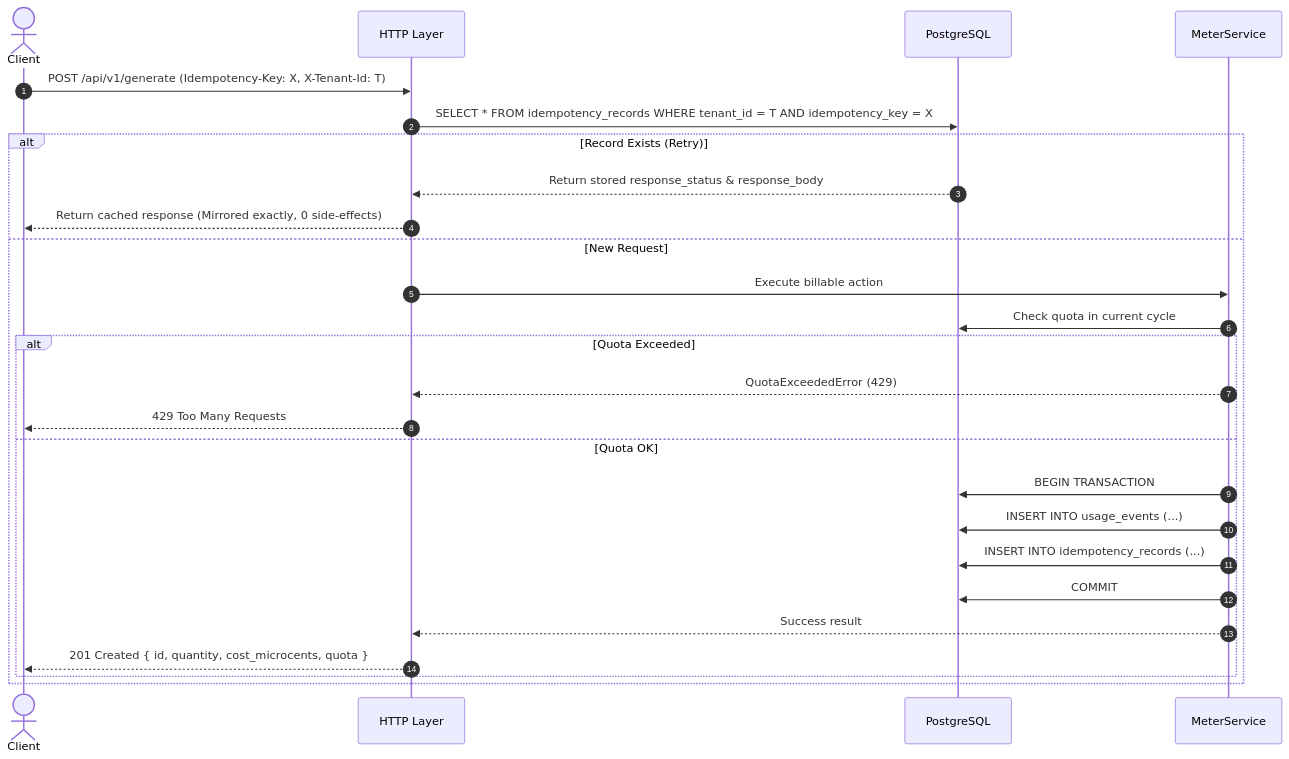
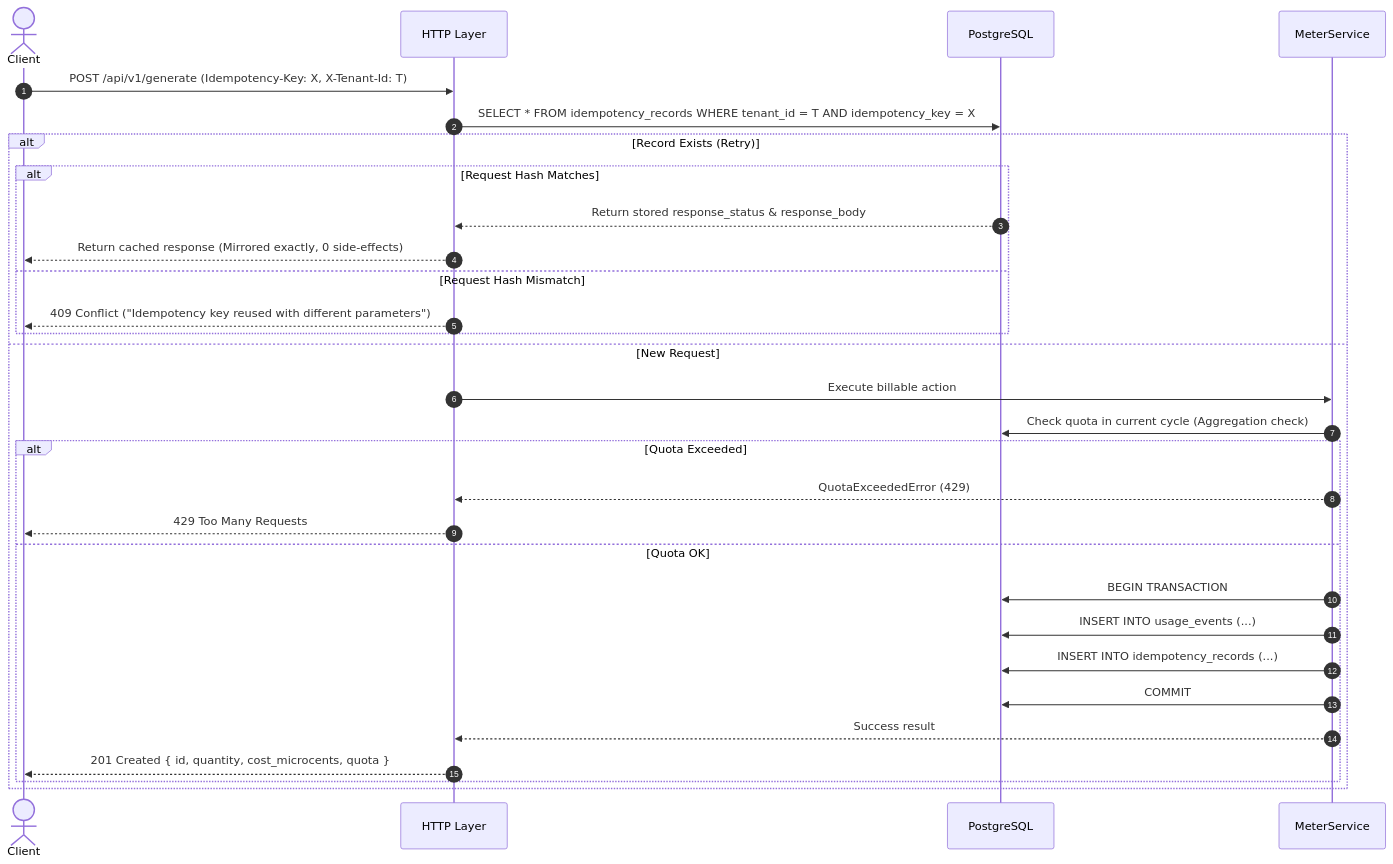
One commit to Zars1wali/flyrank-capstone-meteringbilling changed the second of 2 diagrams in DESIGN.md. Above: the diagram before and after it, drawn with Mermaid. The commit also changed other lines of this file and 1 other file, not shown here.

Commit message:
Phase 1: Deepen design with curated references (Stripe idempotency, metering triad, Modern Treasury money math)

````diff
--- a/DESIGN.md
+++ b/DESIGN.md
@@ -310,29 +354,33 @@
 ```mermaid
 sequenceDiagram
     autonumber
     actor Client
     participant Router as HTTP Layer
     participant DB as PostgreSQL
     participant Service as MeterService
 
     Client->>Router: POST /api/v1/generate (Idempotency-Key: X, X-Tenant-Id: T)
     Router->>DB: SELECT * FROM idempotency_records WHERE tenant_id = T AND idempotency_key = X
     alt Record Exists (Retry)
-        DB-->>Router: Return stored response_status & response_body
-        Router-->>Client: Return cached response (Mirrored exactly, 0 side-effects)
+        alt Request Hash Matches
+            DB-->>Router: Return stored response_status & response_body
+            Router-->>Client: Return cached response (Mirrored exactly, 0 side-effects)
+        else Request Hash Mismatch
+            Router-->>Client: 409 Conflict ("Idempotency key reused with different parameters")
+        end
     else New Request
         Router->>Service: Execute billable action
-        Service->>DB: Check quota in current cycle
+        Service->>DB: Check quota in current cycle (Aggregation check)
         alt Quota Exceeded
             Service-->>Router: QuotaExceededError (429)
             Router-->>Client: 429 Too Many Requests
         else Quota OK
             Service->>DB: BEGIN TRANSACTION
             Service->>DB: INSERT INTO usage_events (...)
             Service->>DB: INSERT INTO idempotency_records (...)
             Service->>DB: COMMIT
             Service-->>Router: Success result
             Router-->>Client: 201 Created { id, quantity, cost_microcents, quota }
         end
     end
 ```
````
